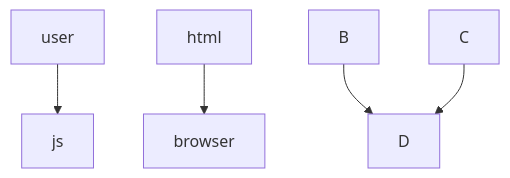
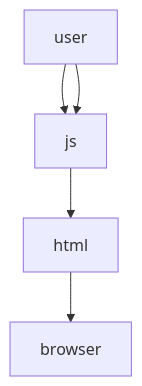
Before and after one commit to moses-molepo/Dynamic-Web-Apps: the diagram in README.md, drawn with Mermaid.

````diff
--- a/README.md
+++ b/README.md
@@ -3,7 +3,7 @@
 ```mermaid
 graph TD;
     user-->js;
     html-->browser;
-    B-->D;
-    C-->D;
+    user-->js;
+    js-->html;
 ```
````
